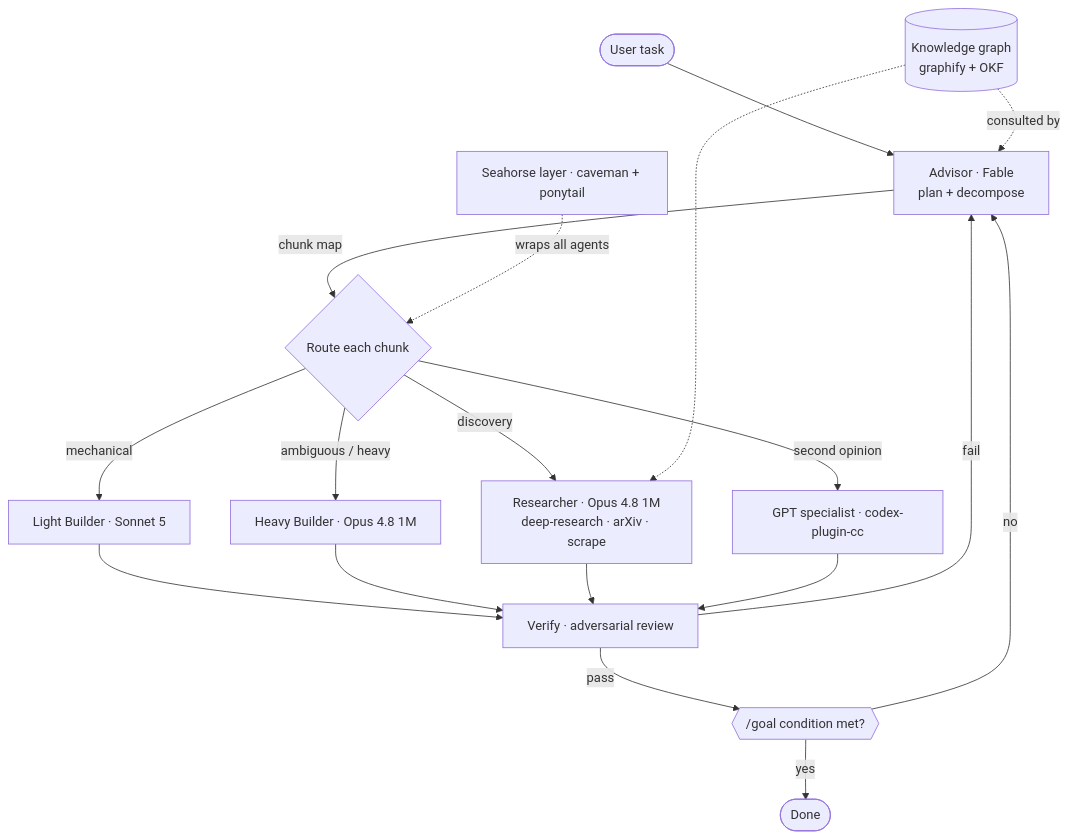
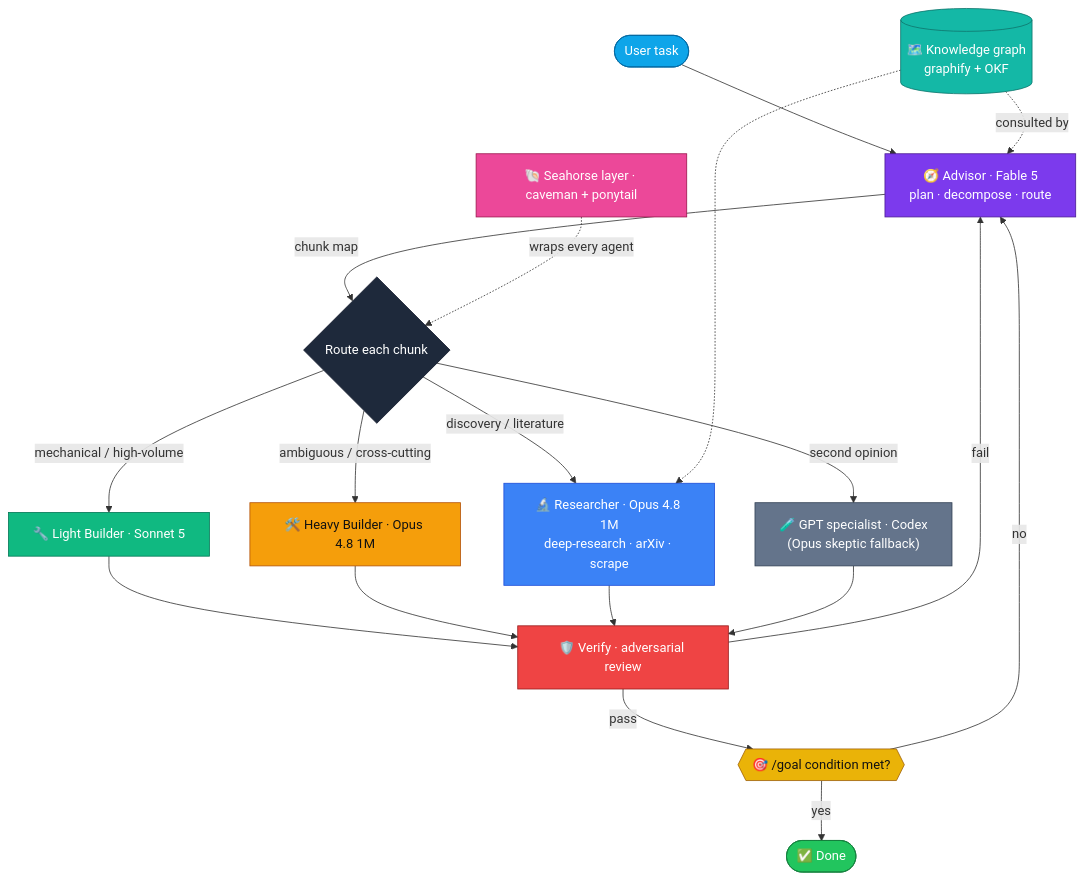
Before and after one commit to Archit3115/seahorse: the first of 4 diagrams in docs/architecture.md, drawn with Mermaid. The commit also changed other lines of this file and 19 other files, not shown here.

````diff
--- a/docs/architecture.md
+++ b/docs/architecture.md
@@ -9,20 +34,37 @@
 ```mermaid
 flowchart TD
-    U([User task]) --> ADV["Advisor · Fable<br/>plan + decompose"]
-    ADV -->|chunk map| ROUTE{Route each chunk}
-    ROUTE -->|mechanical| LIGHT["Light Builder · Sonnet 5"]
-    ROUTE -->|ambiguous / heavy| HEAVY["Heavy Builder · Opus 4.8 1M"]
-    ROUTE -->|discovery| RES["Researcher · Opus 4.8 1M<br/>deep-research · arXiv · scrape"]
-    ROUTE -->|second opinion| GPT["GPT specialist · codex-plugin-cc"]
-    LIGHT --> VER["Verify · adversarial review"]
+    U([User task]):::user --> ADV["🧭 Advisor · Fable 5<br/>plan · decompose · route"]:::advisor
+    ADV -->|chunk map| ROUTE{Route each chunk}:::route
+
+    ROUTE -->|mechanical / high-volume| LIGHT["🔧 Light Builder · Sonnet 5"]:::light
+    ROUTE -->|ambiguous / cross-cutting| HEAVY["🛠️ Heavy Builder · Opus 4.8 1M"]:::heavy
+    ROUTE -->|discovery / literature| RES["🔬 Researcher · Opus 4.8 1M<br/>deep-research · arXiv · scrape"]:::research
+    ROUTE -->|second opinion| GPT["🧪 GPT specialist · Codex<br/>(Opus skeptic fallback)"]:::gpt
+
+    LIGHT --> VER["🛡️ Verify · adversarial review"]:::verify
     HEAVY --> VER
     RES --> VER
     GPT --> VER
+
     VER -->|fail| ADV
-    VER -->|pass| GOAL{{"/goal condition met?"}}
+    VER -->|pass| GOAL{{"🎯 /goal condition met?"}}:::goal
     GOAL -->|no| ADV
-    GOAL -->|yes| DONE([Done])
-    KG[("Knowledge graph<br/>graphify + OKF")] -.consulted by.-> ADV
+    GOAL -->|yes| DONE([✅ Done]):::done
+
+    KG[("🗺️ Knowledge graph<br/>graphify + OKF")]:::kg -.consulted by.-> ADV
     KG -.-> RES
-    SEA["Seahorse layer · caveman + ponytail"] -.wraps all agents.-> ROUTE
+    SEA["🐚 Seahorse layer · caveman + ponytail"]:::sea -.wraps every agent.-> ROUTE
+
+    classDef user fill:#0ea5e9,stroke:#0369a1,color:#fff
+    classDef advisor fill:#7c3aed,stroke:#4c1d95,color:#fff
+    classDef route fill:#1e293b,stroke:#0f172a,color:#fff
+    classDef light fill:#10b981,stroke:#047857,color:#fff
+    classDef heavy fill:#f59e0b,stroke:#b45309,color:#111
+    classDef research fill:#3b82f6,stroke:#1d4ed8,color:#fff
+    classDef gpt fill:#64748b,stroke:#334155,color:#fff
+    classDef verify fill:#ef4444,stroke:#991b1b,color:#fff
+    classDef goal fill:#eab308,stroke:#a16207,color:#111
+    classDef done fill:#22c55e,stroke:#15803d,color:#fff
+    classDef kg fill:#14b8a6,stroke:#0f766e,color:#fff
+    classDef sea fill:#ec4899,stroke:#9d174e,color:#fff
 ```
````
